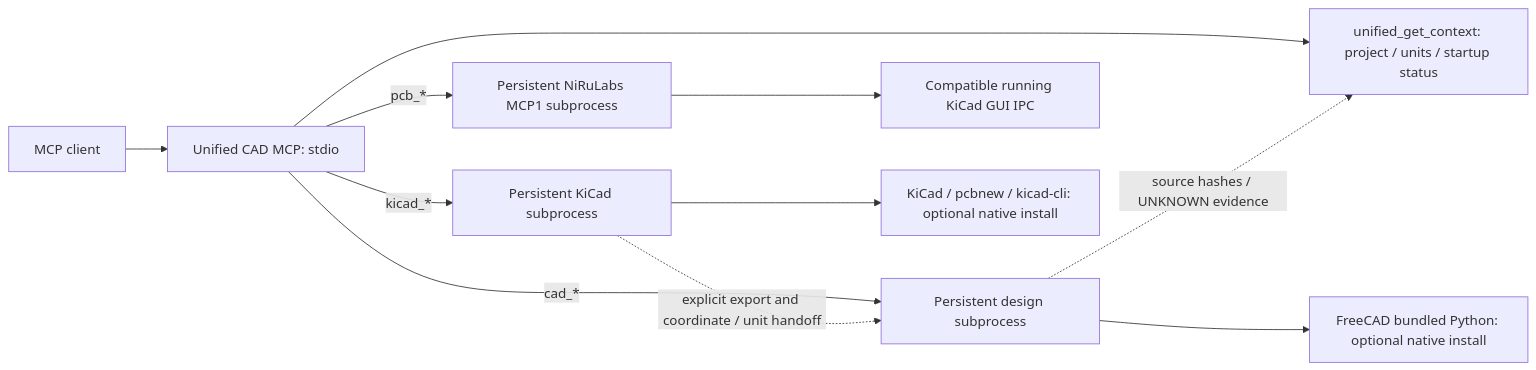
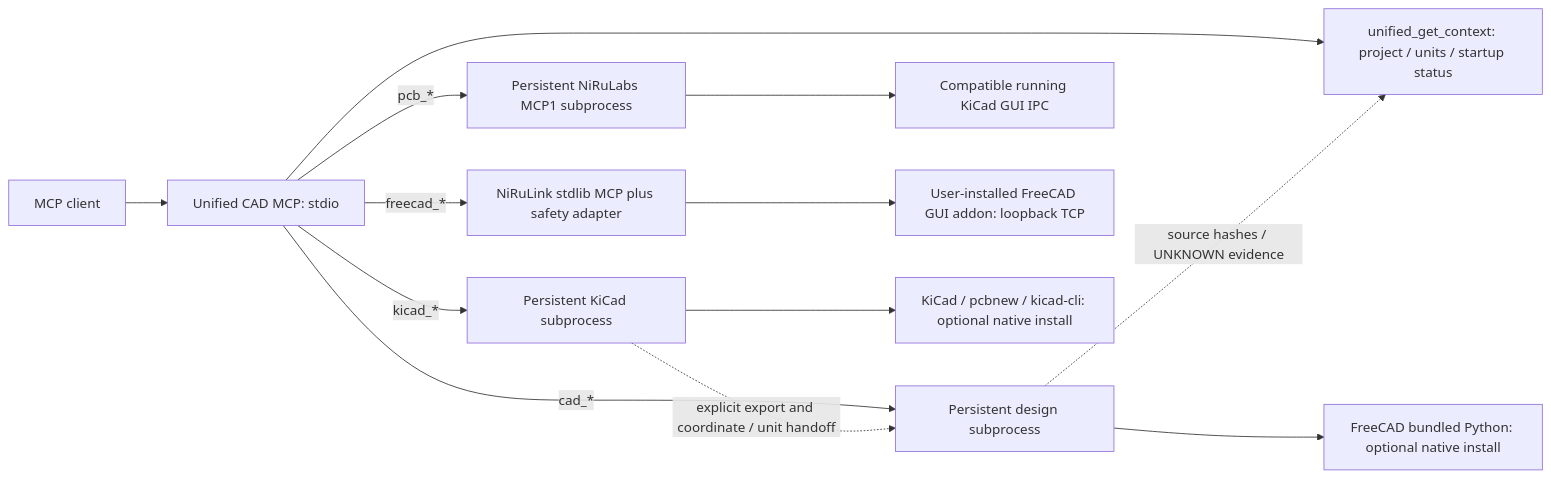
The diagram in README.md (SolutionsAsService/unified-CAD-MCP), drawn with Mermaid before and after one commit. The commit also changed other lines of this file and 17 other files, not shown here.

Commit message:
Integrate pinned NiRuLink FreeCAD with local-only adapter and exhaustive coverage

```diff
--- a/README.md
+++ b/README.md
@@ -22,13 +23,15 @@
 ~~~mermaid
 flowchart LR
   Agent[MCP client] --> Unified[Unified CAD MCP: stdio]
   Unified --> Context[unified_get_context: project / units / startup status]
   Unified -->|kicad_*| K[Persistent KiCad subprocess]
   Unified -->|cad_*| C[Persistent design subprocess]
   Unified -->|pcb_*| P[Persistent NiRuLabs MCP1 subprocess]
   P --> G[Compatible running KiCad GUI IPC]
+  Unified -->|freecad_*| N[NiRuLink stdlib MCP plus safety adapter]
+  N --> Q[User-installed FreeCAD GUI addon: loopback TCP]
   K --> E[KiCad / pcbnew / kicad-cli: optional native install]
   C --> F[FreeCAD bundled Python: optional native install]
   K -. explicit export and coordinate / unit handoff .-> C
   C -. source hashes / UNKNOWN evidence .-> Context
 ~~~
```
